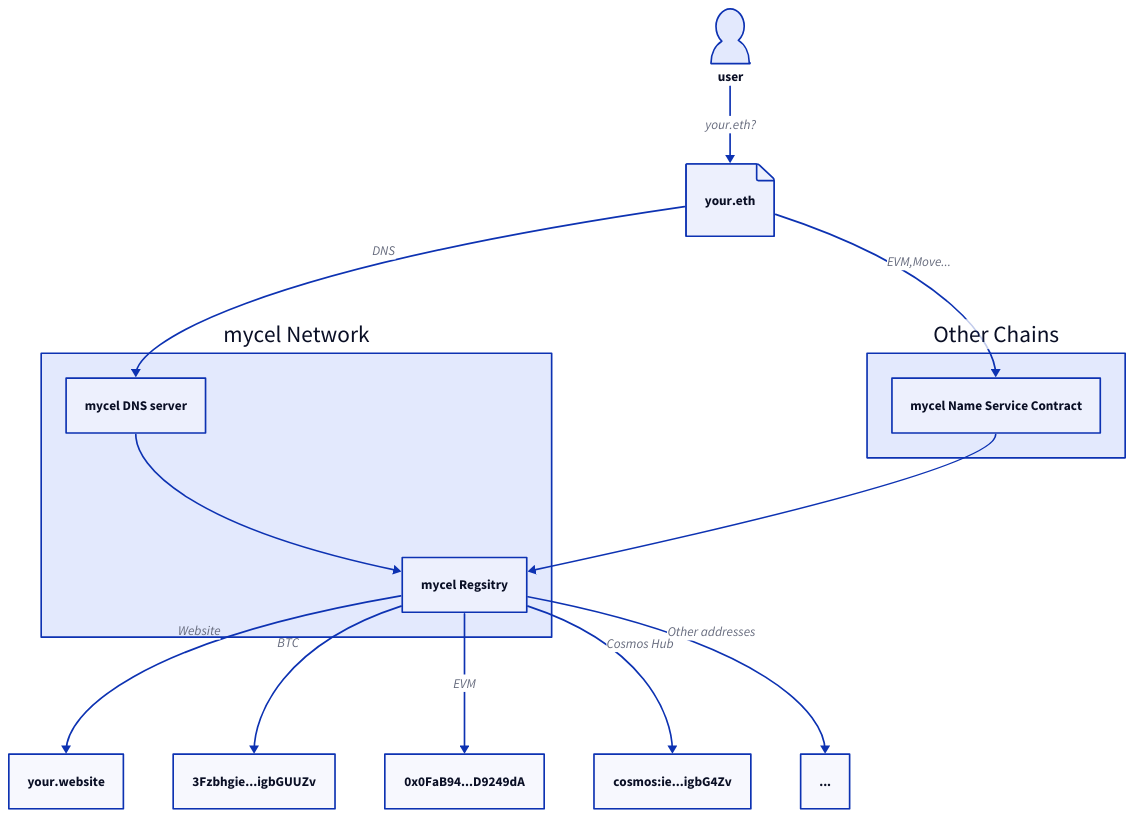
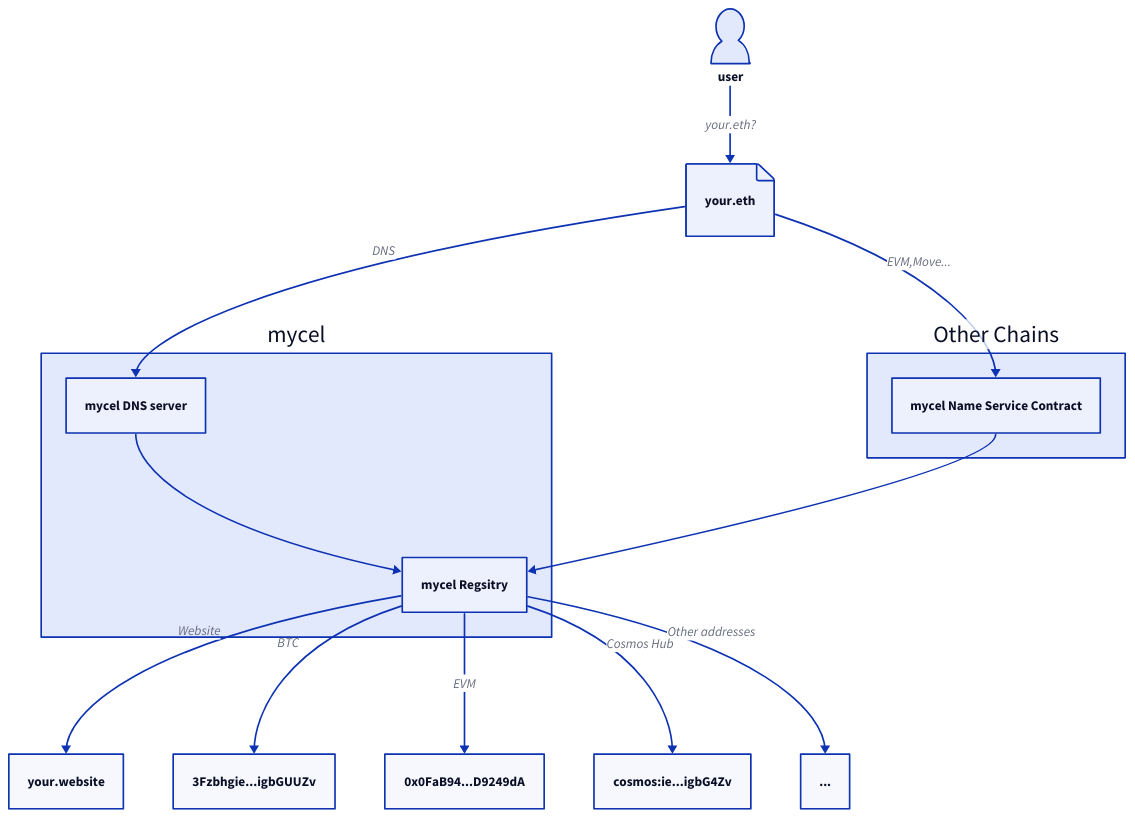
Before and after one commit to mycel-labs/mycel-docs: the diagram in docs/assets/overview.d2, drawn with D2. The commit also changed 4 other files, not shown here.

```diff
--- a/docs/assets/overview.d2
+++ b/docs/assets/overview.d2
@@ -1,23 +1,23 @@
-mycel: mycel Network {
+mycel: mycel {
   DNS: mycel DNS server
   Registry: mycel Regsitry
 
   DNS -> Registry
 }
 
 otherChain: Other Chains {
   NSC: mycel Name Service Contract
 }
 otherChain.NSC -> mycel.Registry
 
 "user".shape: person
 "your.eth".shape: page
 
 user -> "your.eth": your.eth?
 "your.eth" -> mycel.DNS: DNS
 "your.eth" -> otherChain.NSC: EVM,Move...
 mycel.Registry-> "your.website" : Website
 mycel.Registry-> "3Fzbhgie...igbGUUZv": BTC
 mycel.Registry-> "0x0FaB94...D9249dA": EVM
 mycel.Registry-> "cosmos:ie...igbG4Zv": Cosmos Hub
 mycel.Registry->"...": Other addresses
```
